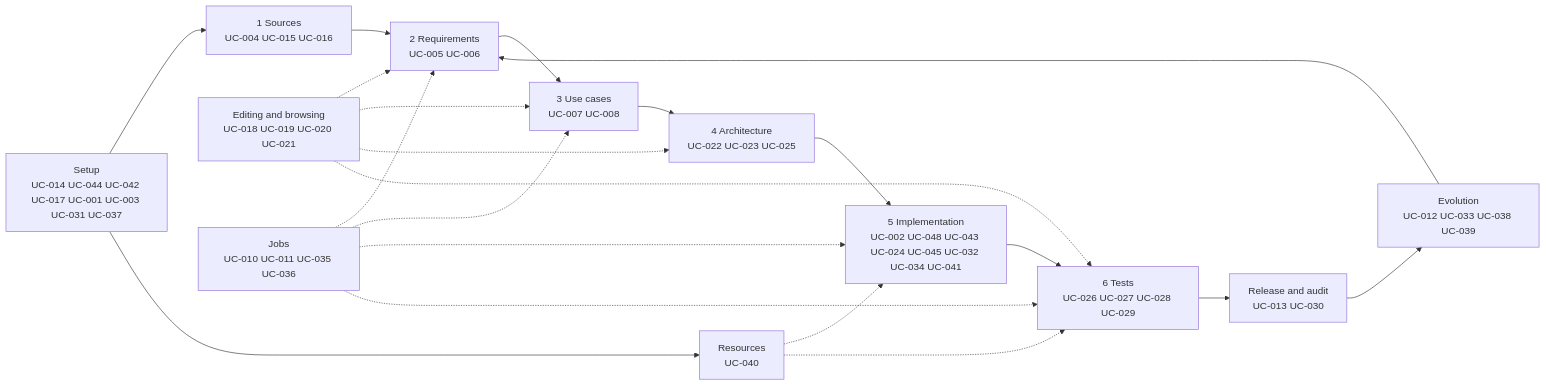
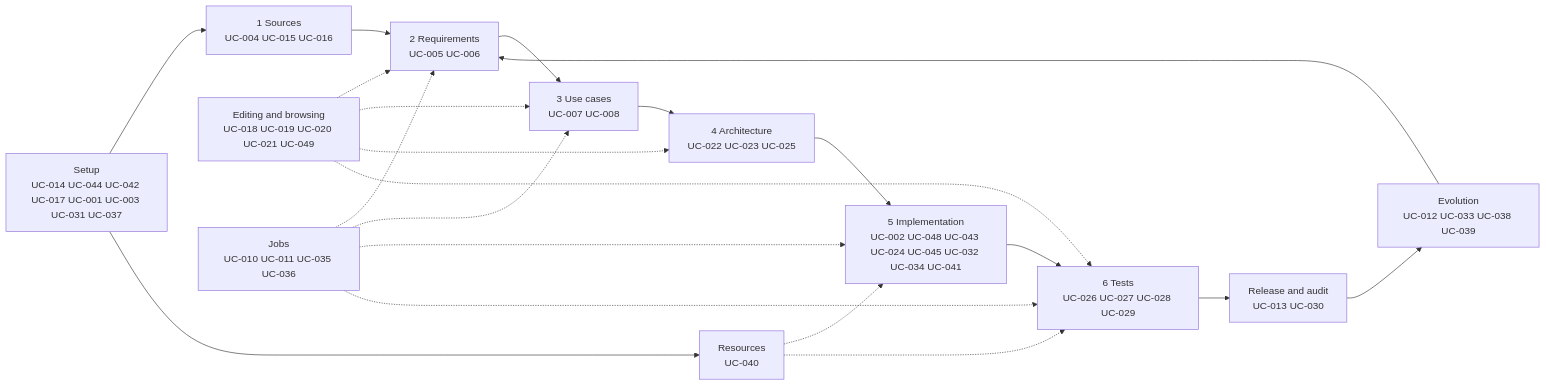
Before and after one commit to akmaier/agent-m: the diagram in docs/use-cases/README.md, drawn with Mermaid. The commit also changed other lines of this file and 26 other files, not shown here.

````diff
--- a/docs/use-cases/README.md
+++ b/docs/use-cases/README.md
@@ -127,16 +128,16 @@
 ```mermaid
 flowchart LR
     S[Setup<br/>UC-014 UC-044 UC-042 UC-017 UC-001 UC-003 UC-031 UC-037] --> Q[1 Sources<br/>UC-004 UC-015 UC-016]
     S --> RES[Resources<br/>UC-040]
     Q --> R[2 Requirements<br/>UC-005 UC-006]
     R --> U[3 Use cases<br/>UC-007 UC-008]
     U --> A[4 Architecture<br/>UC-022 UC-023 UC-025]
     A --> I[5 Implementation<br/>UC-002 UC-048 UC-043 UC-024 UC-045 UC-032 UC-034 UC-041]
     I --> T[6 Tests<br/>UC-026 UC-027 UC-028 UC-029]
     T --> REL[Release and audit<br/>UC-013 UC-030]
     REL --> E[Evolution<br/>UC-012 UC-033 UC-038 UC-039]
     E --> R
-    ED[Editing and browsing<br/>UC-018 UC-019 UC-020 UC-021] -.-> R & U & A & T
+    ED[Editing and browsing<br/>UC-018 UC-019 UC-020 UC-021 UC-049] -.-> R & U & A & T
     J[Jobs<br/>UC-010 UC-011 UC-035 UC-036] -.-> R & U & I & T
     RES -.-> I & T
 ```
````
